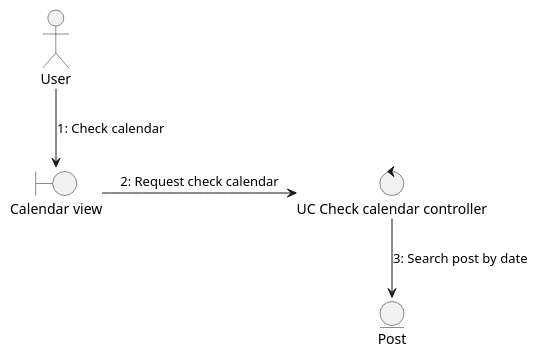
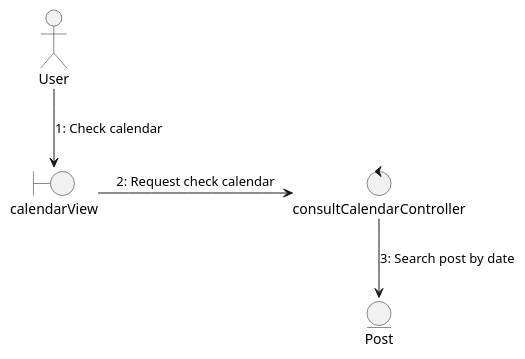
Before and after one commit to Dayannis-07/ING_SOFT: the diagram in docs/scenariosView/collaborationDiagram/useCase-ConsultarCalendario.plantuml, drawn with PlantUML. The commit also changed 11 other files, not shown here.

Commit message:
corrections collaboration Diagram & classDiagram

```diff
--- a/docs/scenariosView/collaborationDiagram/useCase-ConsultarCalendario.plantuml
+++ b/docs/scenariosView/collaborationDiagram/useCase-ConsultarCalendario.plantuml
@@ -1,10 +1,10 @@
 @startuml Consultar Calendario
 actor User as User
 
-boundary "Calendar view" as view
-control "UC Check calendar controller" as controller
+boundary "calendarView" as view
+control "consultCalendarController" as controller
 entity Post as P
 User --> view : "1: Check calendar"
 view-r->controller : "2: Request check calendar"
 controller-->P : "3: Search post by date"
 @enduml
```
